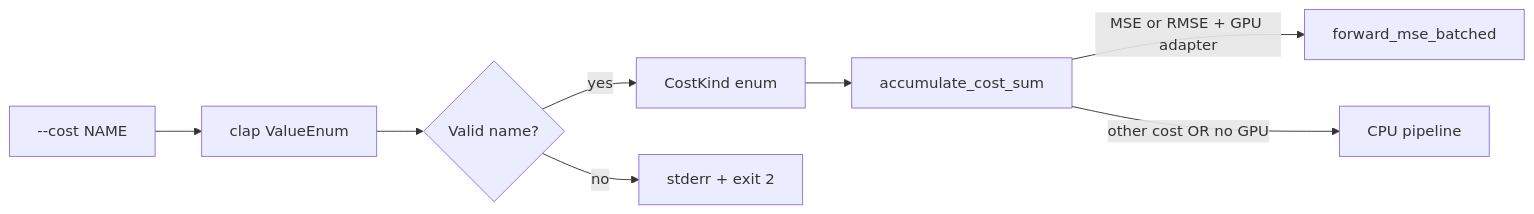
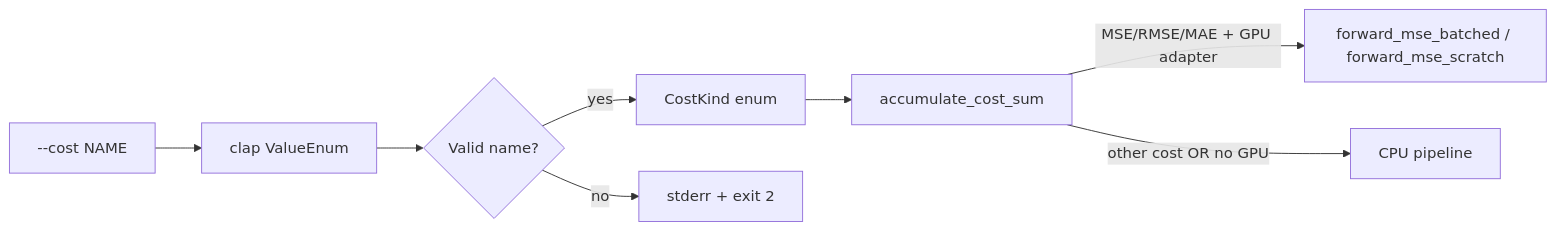
Before and after one commit to stSoftwareAU/NEAT-AI-scorer: the third of 11 diagrams in README.md, drawn with Mermaid. The commit also changed other lines of this file and 16 other files, not shown here.

First line of the commit message:
Host MAE on the batched/scratch GPU kernels (Issue #316) (#367)

````diff
--- a/README.md
+++ b/README.md
@@ -339,10 +349,10 @@
 ```mermaid
 flowchart LR
     CLI[--cost NAME] --> Parse[clap ValueEnum]
     Parse --> Valid{Valid name?}
     Valid -->|yes| CostKind[CostKind enum]
     Valid -->|no| Err[stderr + exit 2]
     CostKind --> Dispatch[accumulate_cost_sum]
-    Dispatch -->|MSE or RMSE + GPU adapter| GPU[forward_mse_batched]
+    Dispatch -->|MSE/RMSE/MAE + GPU adapter| GPU[forward_mse_batched / forward_mse_scratch]
     Dispatch -->|other cost OR no GPU| CPU[CPU pipeline]
 ```
````
